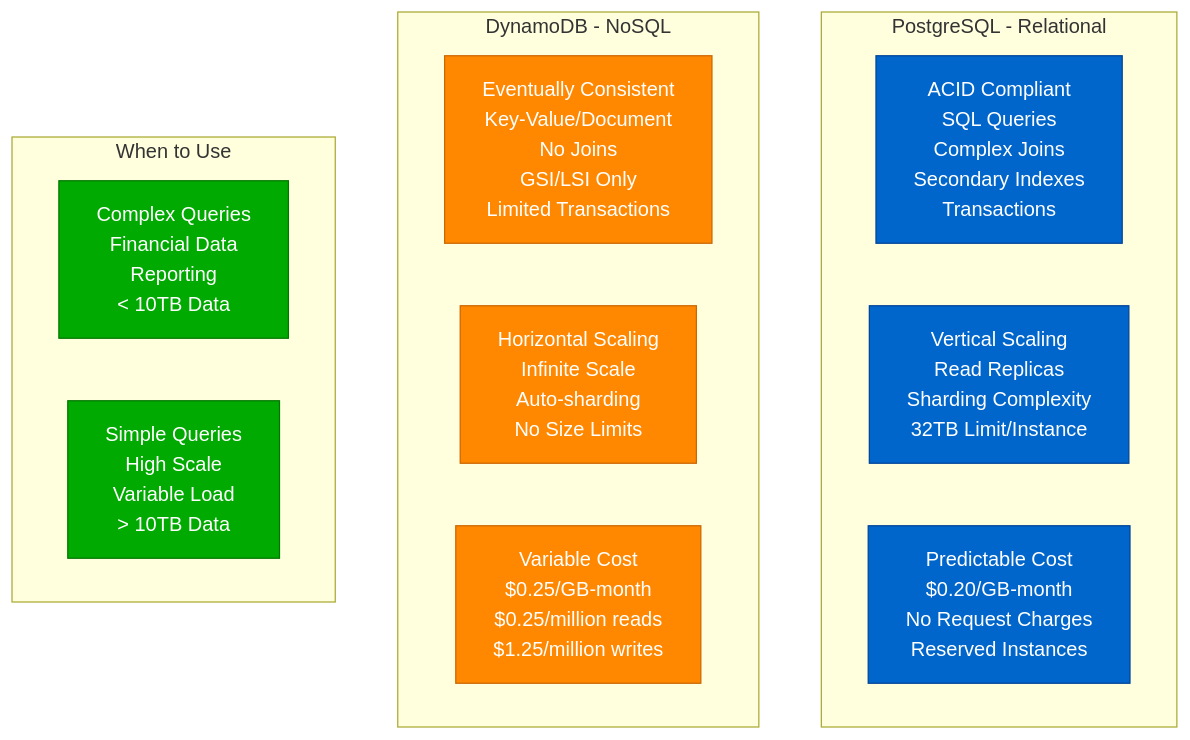
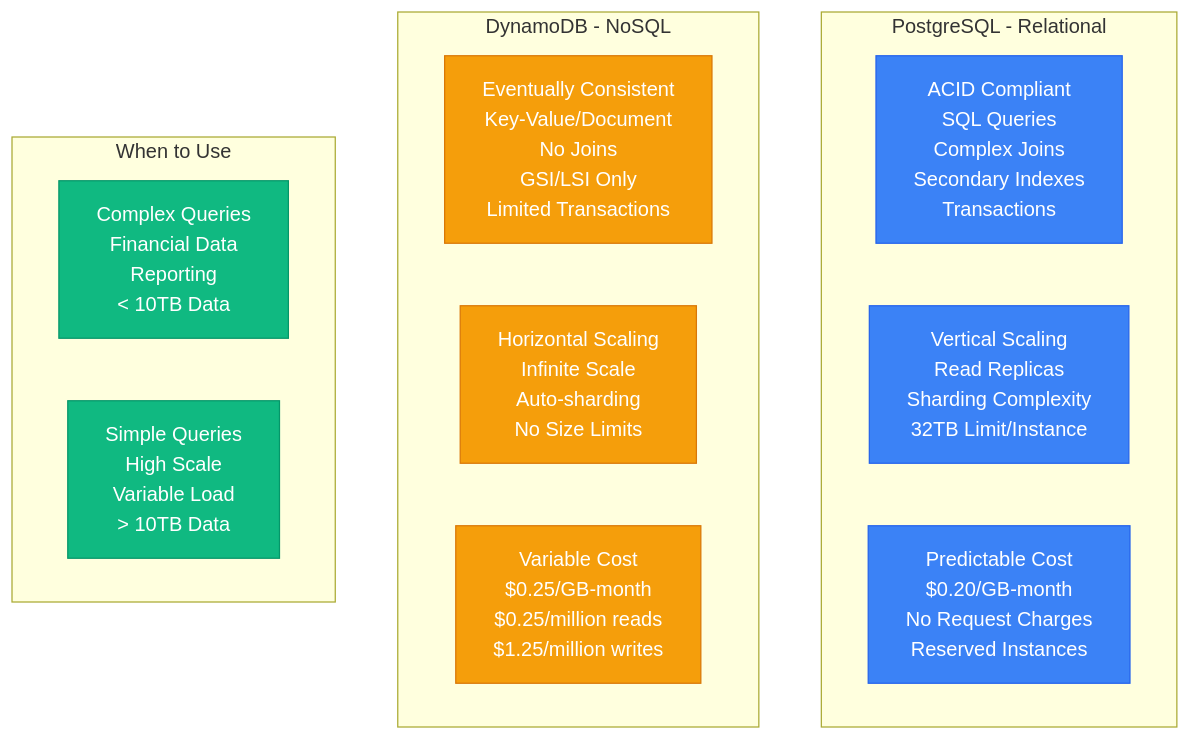
One commit to deepaucksharma/DS changed the first of 9 diagrams in site/docs/comparisons/postgresql-vs-dynamodb.md. Above: the diagram before and after it, drawn with Mermaid. The commit also changed 303 other files, not shown here.

````diff
--- a/site/docs/comparisons/postgresql-vs-dynamodb.md
+++ b/site/docs/comparisons/postgresql-vs-dynamodb.md
@@ -9,28 +9,28 @@
 ```mermaid
 graph TB
     subgraph PostgreSQL[PostgreSQL - Relational]
         PG_PROPS[ACID Compliant<br/>SQL Queries<br/>Complex Joins<br/>Secondary Indexes<br/>Transactions]
         PG_SCALE[Vertical Scaling<br/>Read Replicas<br/>Sharding Complexity<br/>32TB Limit/Instance]
         PG_COST[Predictable Cost<br/>$0.20/GB-month<br/>No Request Charges<br/>Reserved Instances]
     end
 
     subgraph DynamoDB[DynamoDB - NoSQL]
         DDB_PROPS[Eventually Consistent<br/>Key-Value/Document<br/>No Joins<br/>GSI/LSI Only<br/>Limited Transactions]
         DDB_SCALE[Horizontal Scaling<br/>Infinite Scale<br/>Auto-sharding<br/>No Size Limits]
         DDB_COST[Variable Cost<br/>$0.25/GB-month<br/>$0.25/million reads<br/>$1.25/million writes]
     end
 
     subgraph UseCase[When to Use]
         PG_USE[Complex Queries<br/>Financial Data<br/>Reporting<br/>< 10TB Data]
         DDB_USE[Simple Queries<br/>High Scale<br/>Variable Load<br/>> 10TB Data]
     end
 
     %% Apply colors
-    classDef pgStyle fill:#0066CC,stroke:#004499,color:#fff
-    classDef ddbStyle fill:#FF8800,stroke:#CC6600,color:#fff
-    classDef useStyle fill:#00AA00,stroke:#007700,color:#fff
+    classDef pgStyle fill:#3B82F6,stroke:#2563EB,color:#fff
+    classDef ddbStyle fill:#F59E0B,stroke:#D97706,color:#fff
+    classDef useStyle fill:#10B981,stroke:#059669,color:#fff
 
     class PG_PROPS,PG_SCALE,PG_COST pgStyle
     class DDB_PROPS,DDB_SCALE,DDB_COST ddbStyle
     class PG_USE,DDB_USE useStyle
 ```
````
